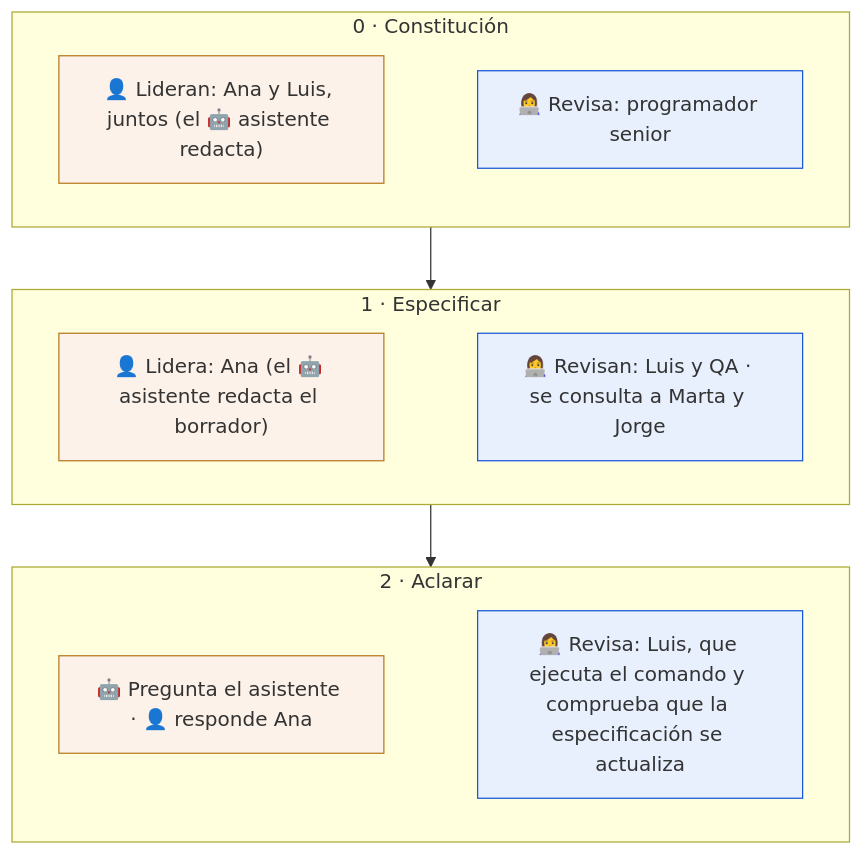
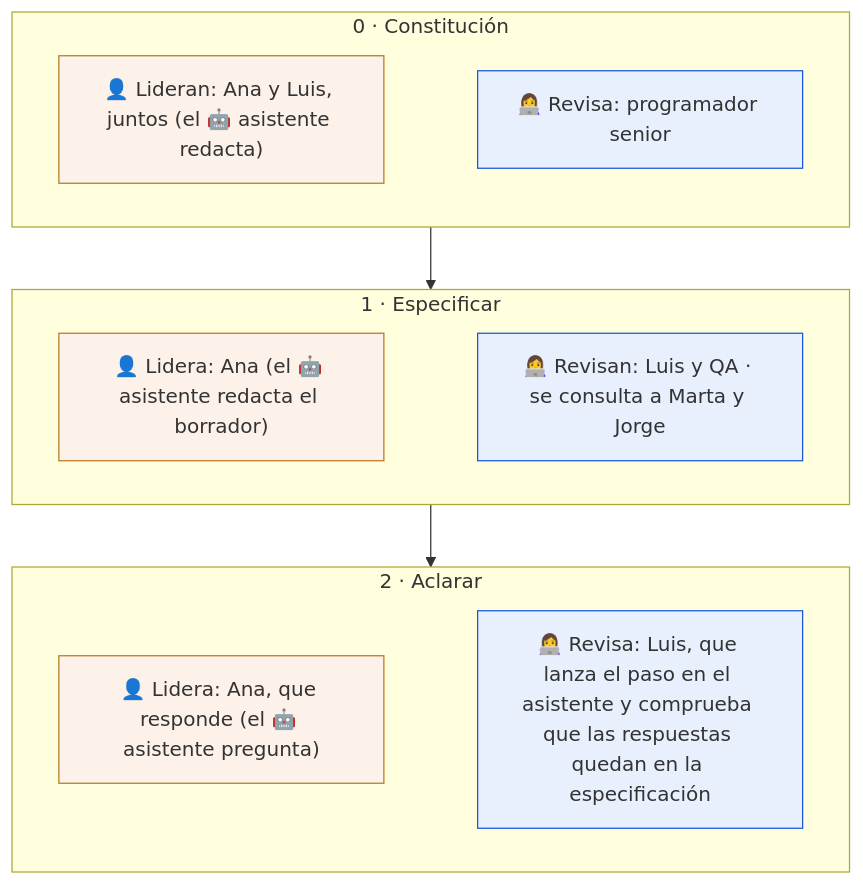
One commit to antroc/charla-sdd changed the first of 3 diagrams in diagramas/04-roles-y-participacion.md. Above: the diagram before and after it, drawn with Mermaid. The commit also changed other lines of this file and 6 other files, not shown here.

First line of the commit message:
Corregir diagramas 03-04 según las revisiones

````diff
--- a/diagramas/04-roles-y-participacion.md
+++ b/diagramas/04-roles-y-participacion.md
@@ -20,23 +20,23 @@
 ```mermaid
 flowchart TD
   subgraph p0 ["0 · Constitución"]
     l0["👤 Lideran: Ana y Luis, juntos (el 🤖 asistente redacta)"]
     r0["👩‍💻 Revisa: programador senior"]
   end
   subgraph p1 ["1 · Especificar"]
     l1["👤 Lidera: Ana (el 🤖 asistente redacta el borrador)"]
     r1["👩‍💻 Revisan: Luis y QA · se consulta a Marta y Jorge"]
   end
   subgraph p2 ["2 · Aclarar"]
-    l2["🤖 Pregunta el asistente · 👤 responde Ana"]
-    r2["👩‍💻 Revisa: Luis, que ejecuta el comando y comprueba que la especificación se actualiza"]
+    l2["👤 Lidera: Ana, que responde (el 🤖 asistente pregunta)"]
+    r2["👩‍💻 Revisa: Luis, que lanza el paso en el asistente y comprueba que las respuestas quedan en la especificación"]
   end
   l0 ~~~ r0
   l1 ~~~ r1
   l2 ~~~ r2
   p0 --> p1 --> p2
   classDef negocio fill:#FDF2E9,stroke:#B7791F;
   classDef dev fill:#E8F0FE,stroke:#1A56DB;
   class l0,l1,l2 negocio;
   class r0,r1,r2 dev;
 ```
````
